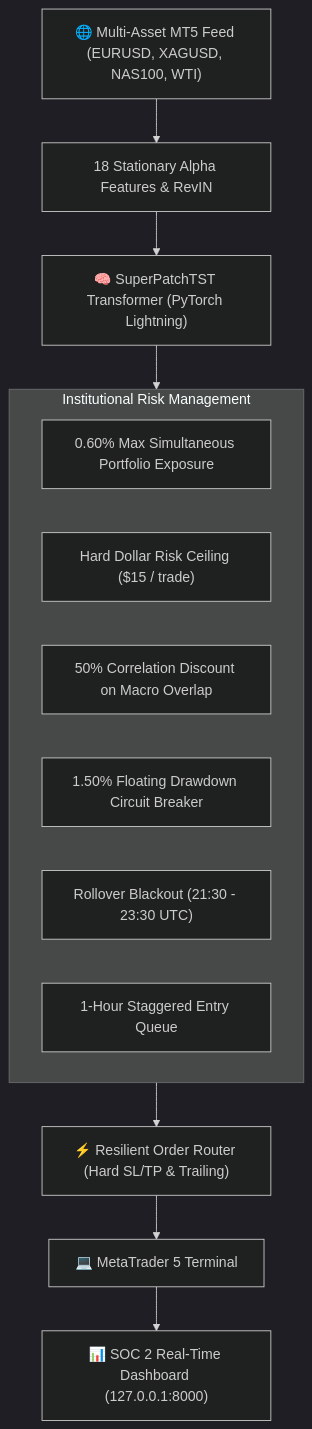
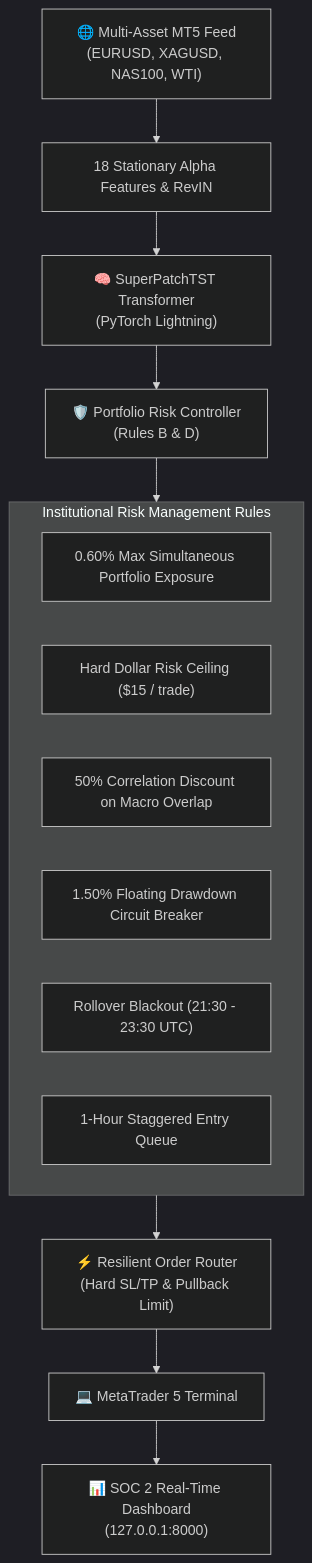
The diagram in README.md (ElMoorish/AetherQuant-MT5), drawn with Mermaid (dark theme) before and after one commit. The commit also changed other lines of this file, not shown here.

Commit message:
docs: Fix Mermaid architecture flowchart syntax for GitHub renderer

````diff
--- a/README.md
+++ b/README.md
@@ -15,19 +15,20 @@
 ```mermaid
-graph TD
-    Market["🌐 Multi-Asset MT5 Feed (EURUSD, XAGUSD, NAS100, WTI)"] --> FeatureEngine["18 Stationary Alpha Features & RevIN"]
-    FeatureEngine --> SuperPatchTST["🧠 SuperPatchTST Transformer (PyTorch Lightning)"]
-    SuperPatchTST --> RiskController["🛡️ Portfolio Risk Controller (Rule B & Rule D)"]
+flowchart TD
+    Market["🌐 Multi-Asset MT5 Feed<br/>(EURUSD, XAGUSD, NAS100, WTI)"] --> FeatureEngine["18 Stationary Alpha Features & RevIN"]
+    FeatureEngine --> SuperPatchTST["🧠 SuperPatchTST Transformer<br/>(PyTorch Lightning)"]
+    SuperPatchTST --> RiskController["🛡️ Portfolio Risk Controller<br/>(Rules B & D)"]
     
-    subgraph RiskController ["Institutional Risk Management"]
+    subgraph RiskRules ["Institutional Risk Management Rules"]
         Cap["0.60% Max Simultaneous Portfolio Exposure"]
         DollarCap["Hard Dollar Risk Ceiling ($15 / trade)"]
         Corr["50% Correlation Discount on Macro Overlap"]
         Halt["1.50% Floating Drawdown Circuit Breaker"]
         Roll["Rollover Blackout (21:30 - 23:30 UTC)"]
         Stagger["1-Hour Staggered Entry Queue"]
     end
     
-    RiskController --> OrderRouter["⚡ Resilient Order Router (Hard SL/TP & Trailing)"]
+    RiskController --> RiskRules
+    RiskRules --> OrderRouter["⚡ Resilient Order Router<br/>(Hard SL/TP & Pullback Limit)"]
     OrderRouter --> MT5["💻 MetaTrader 5 Terminal"]
-    MT5 --> Dashboard["📊 SOC 2 Real-Time Dashboard (127.0.0.1:8000)"]
+    MT5 --> Dashboard["📊 SOC 2 Real-Time Dashboard<br/>(127.0.0.1:8000)"]
 ```
````
